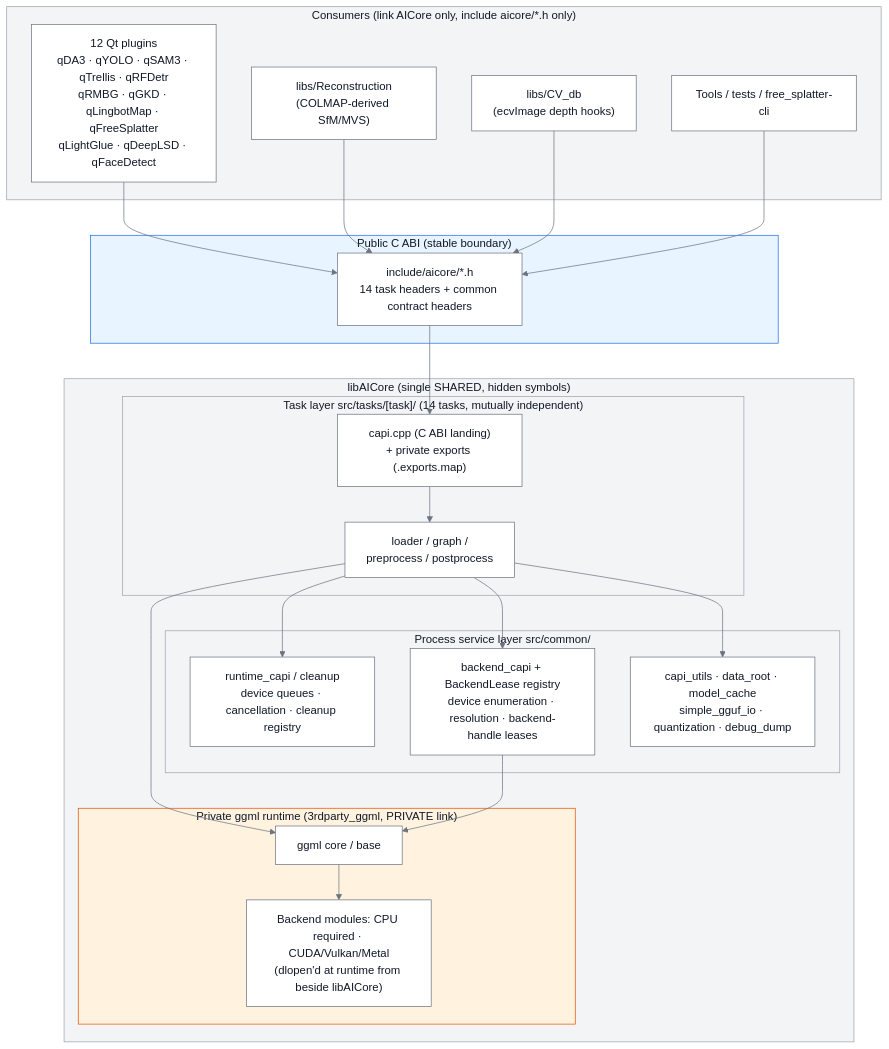
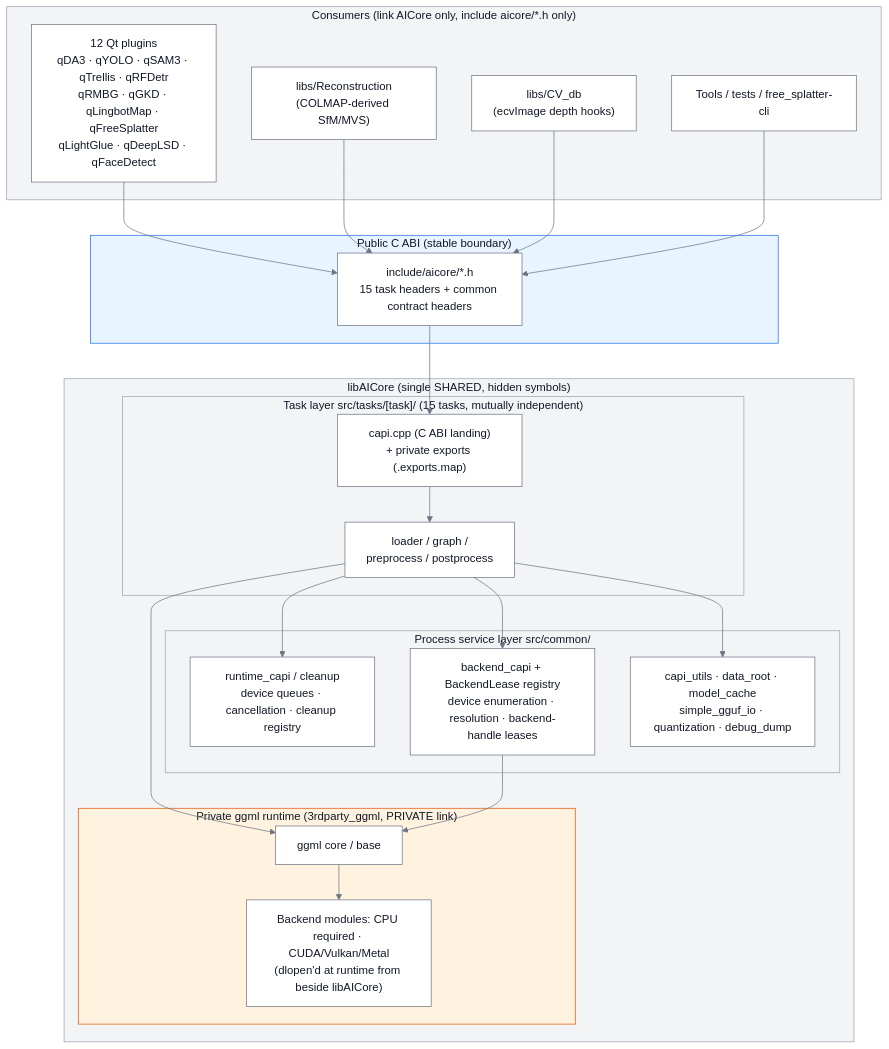
One commit to Asher-1/ACloudViewer changed the first of 8 diagrams in core/AICore/docs/ARCHITECTURE.md. Above: the diagram before and after it, drawn with Mermaid. The commit also changed other lines of this file and 207 other files, not shown here.

````diff
--- a/core/AICore/docs/ARCHITECTURE.md
+++ b/core/AICore/docs/ARCHITECTURE.md
@@ -60,46 +60,46 @@
 ```mermaid
 %%{init: {"theme":"base","themeVariables":{"primaryColor":"#ffffff","primaryTextColor":"#111827","primaryBorderColor":"#6b7280","secondaryColor":"#f3f4f6","tertiaryColor":"#e5e7eb","mainBkg":"#ffffff","nodeBorder":"#6b7280","textColor":"#111827","titleColor":"#111827","lineColor":"#6b7280","clusterBkg":"#f3f4f6","clusterBorder":"#9ca3af","edgeLabelBackground":"#e5e7eb","labelBoxBkgColor":"#e5e7eb","labelTextColor":"#111827","noteBkgColor":"#fef3c7","noteTextColor":"#111827","noteBorderColor":"#a16207","actorBkg":"#ffffff","actorTextColor":"#111827","actorBorder":"#6b7280","actorLineColor":"#9ca3af","signalColor":"#6b7280","signalTextColor":"#6b7280","sequenceNumberColor":"#ffffff","loopTextColor":"#111827","activationBkgColor":"#f3f4f6","activationBorderColor":"#6b7280"},"themeCSS":".edgeLabel span, .edgeLabel p, .edgeLabel .labelText, .labelText { color: #111827 !important; fill: #111827 !important; }"}}%%
 flowchart TB
     subgraph CONSUMERS["Consumers (link AICore only, include aicore/*.h only)"]
         PLUGINS["12 Qt plugins<br/>qDA3 · qYOLO · qSAM3 · qTrellis · qRFDetr<br/>qRMBG · qGKD · qLingbotMap · qFreeSplatter<br/>qLightGlue · qDeepLSD · qFaceDetect"]
         RECON["libs/Reconstruction<br/>(COLMAP-derived SfM/MVS)"]
         CVDB["libs/CV_db<br/>(ecvImage depth hooks)"]
         TOOLS["Tools / tests / free_splatter-cli"]
     end
 
     subgraph ABI["Public C ABI (stable boundary)"]
-        HDR["include/aicore/*.h<br/>14 task headers + common contract headers"]
+        HDR["include/aicore/*.h<br/>15 task headers + common contract headers"]
     end
 
     subgraph LIB["libAICore (single SHARED, hidden symbols)"]
-        subgraph TASKS["Task layer src/tasks/[task]/ (14 tasks, mutually independent)"]
+        subgraph TASKS["Task layer src/tasks/[task]/ (15 tasks, mutually independent)"]
             T1["loader / graph /<br/>preprocess / postprocess"]
             T2["capi.cpp (C ABI landing)<br/>+ private exports (.exports.map)"]
         end
         subgraph COMMON["Process service layer src/common/"]
             RT["runtime_capi / cleanup<br/>device queues · cancellation · cleanup registry"]
             BB["backend_capi + BackendLease registry<br/>device enumeration · resolution · backend-handle leases"]
             U["capi_utils · data_root · model_cache<br/>simple_gguf_io · quantization · debug_dump"]
         end
         subgraph PRIV["Private ggml runtime (3rdparty_ggml, PRIVATE link)"]
             GG["ggml core / base"]
             BK["Backend modules: CPU required · CUDA/Vulkan/Metal<br/>(dlopen'd at runtime from beside libAICore)"]
         end
     end
 
     PLUGINS --> HDR
     RECON --> HDR
     CVDB --> HDR
     TOOLS --> HDR
     HDR --> T2
     T2 --> T1
     T1 --> RT
     T1 --> BB
     T1 --> U
     T1 --> GG
     BB --> GG
     GG --> BK
 
     style ABI fill:#e8f4ff,stroke:#1f6feb
     style PRIV fill:#fff3e0,stroke:#e65100
 ```
````
